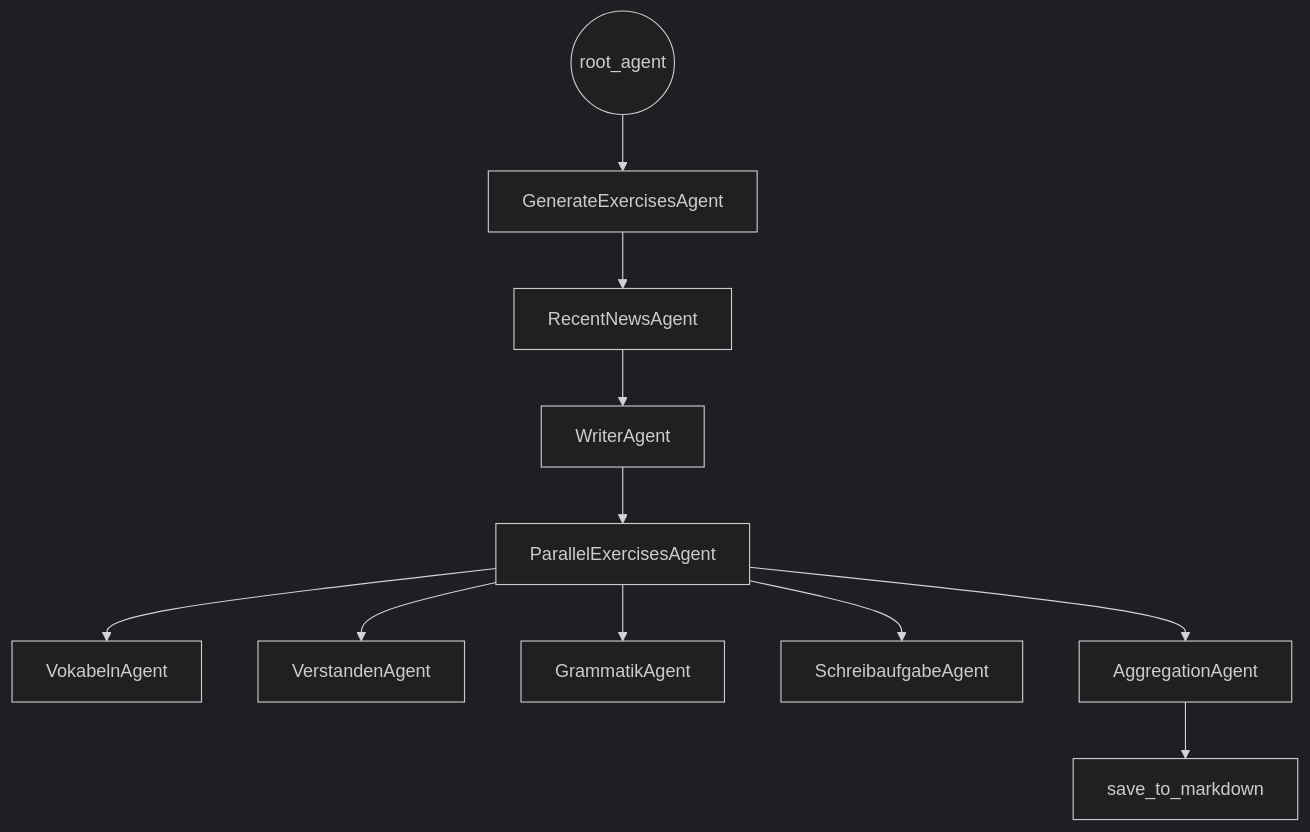
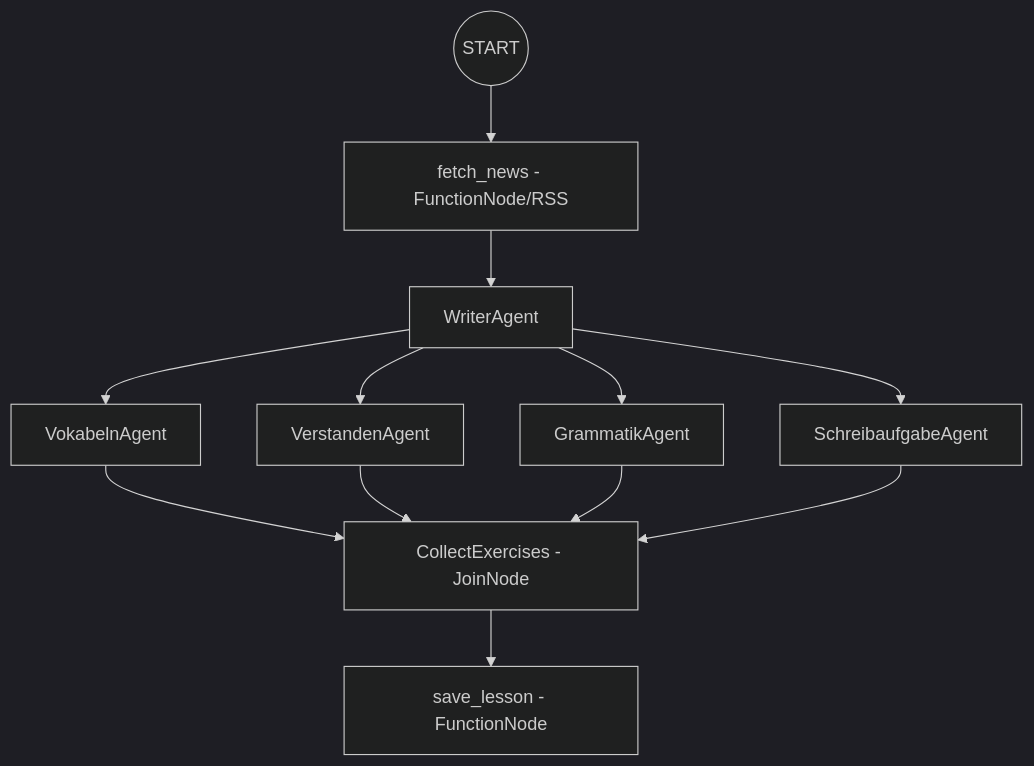
Before and after one commit to alexandremoritz/german-teacher-adk: the diagram in README.md, drawn with Mermaid (dark theme). The commit also changed other lines of this file and 9 other files, not shown here.

````diff
--- a/README.md
+++ b/README.md
@@ -42,22 +46,19 @@
 ```mermaid
 flowchart TD
-    root((root_agent))
-    GE[GenerateExercisesAgent]
-    RN[RecentNewsAgent]
+    START((START))
+    FN[fetch_news - FunctionNode/RSS]
     WR[WriterAgent]
-    PE[ParallelExercisesAgent]
     VA[VokabelnAgent]
     UA[VerstandenAgent]
     GA[GrammatikAgent]
     SA[SchreibaufgabeAgent]
-    AGG[AggregationAgent]
-    SAVE[save_to_markdown]
+    JOIN[CollectExercises - JoinNode]
+    SAVE[save_lesson - FunctionNode]
 
-    root --> GE
-    GE --> RN --> WR --> PE
-    PE --> VA
-    PE --> UA
-    PE --> GA
-    PE --> SA
-    PE --> AGG --> SAVE
+    START --> FN --> WR
+    WR --> VA --> JOIN
+    WR --> UA --> JOIN
+    WR --> GA --> JOIN
+    WR --> SA --> JOIN
+    JOIN --> SAVE
 ```
````
